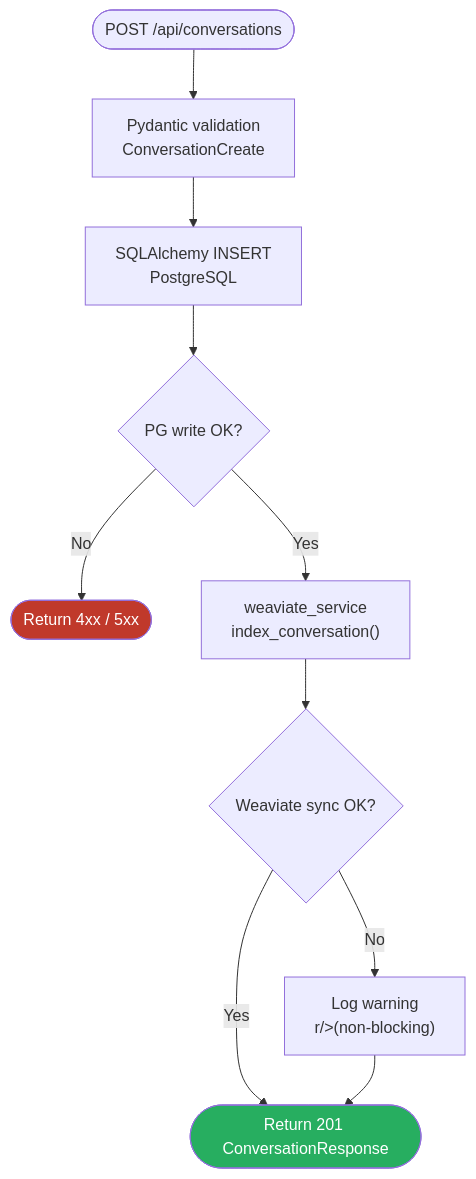
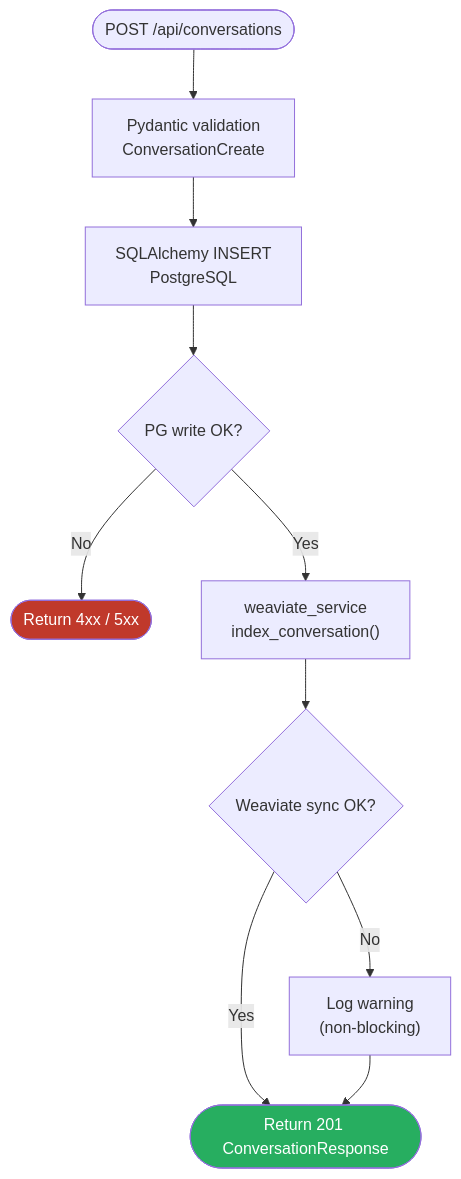
Before and after one commit to ITlusions/ITL.Braincell: the sixth of 8 diagrams in docs/api/ARCHITECTURE.md, drawn with Mermaid. The commit also changed other lines of this file and 3 other files, not shown here.

````diff
--- a/docs/api/ARCHITECTURE.md
+++ b/docs/api/ARCHITECTURE.md
@@ -226,15 +226,15 @@
 ```mermaid
 flowchart TD
     A(["POST /api/conversations"]) --> B["Pydantic validation<br/>ConversationCreate"]
     B --> C["SQLAlchemy INSERT<br/>PostgreSQL"]
     C --> D{"PG write OK?"}
     D -->|No| E(["Return 4xx / 5xx"])
     D -->|Yes| F["weaviate_service<br/>index_conversation()"]
     F --> G{"Weaviate sync OK?"}
-    G -->|No| H["Log warning<br/>r/>(non-blocking)"]
+    G -->|No| H["Log warning<br/>(non-blocking)"]
     G -->|Yes| I(["Return 201 ConversationResponse"])
     H --> I
 
     style E fill:#c0392b,color:#fff
     style I fill:#27ae60,color:#fff
 ```
````
